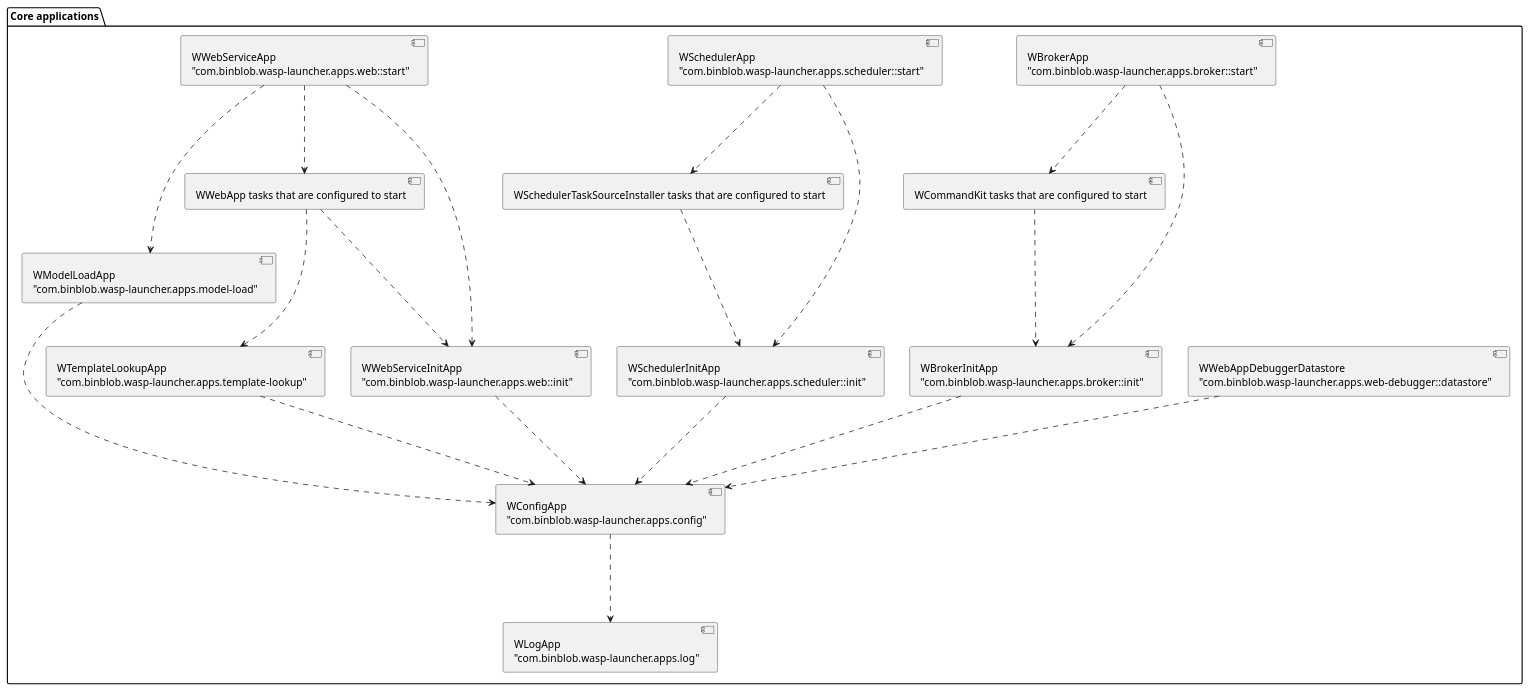
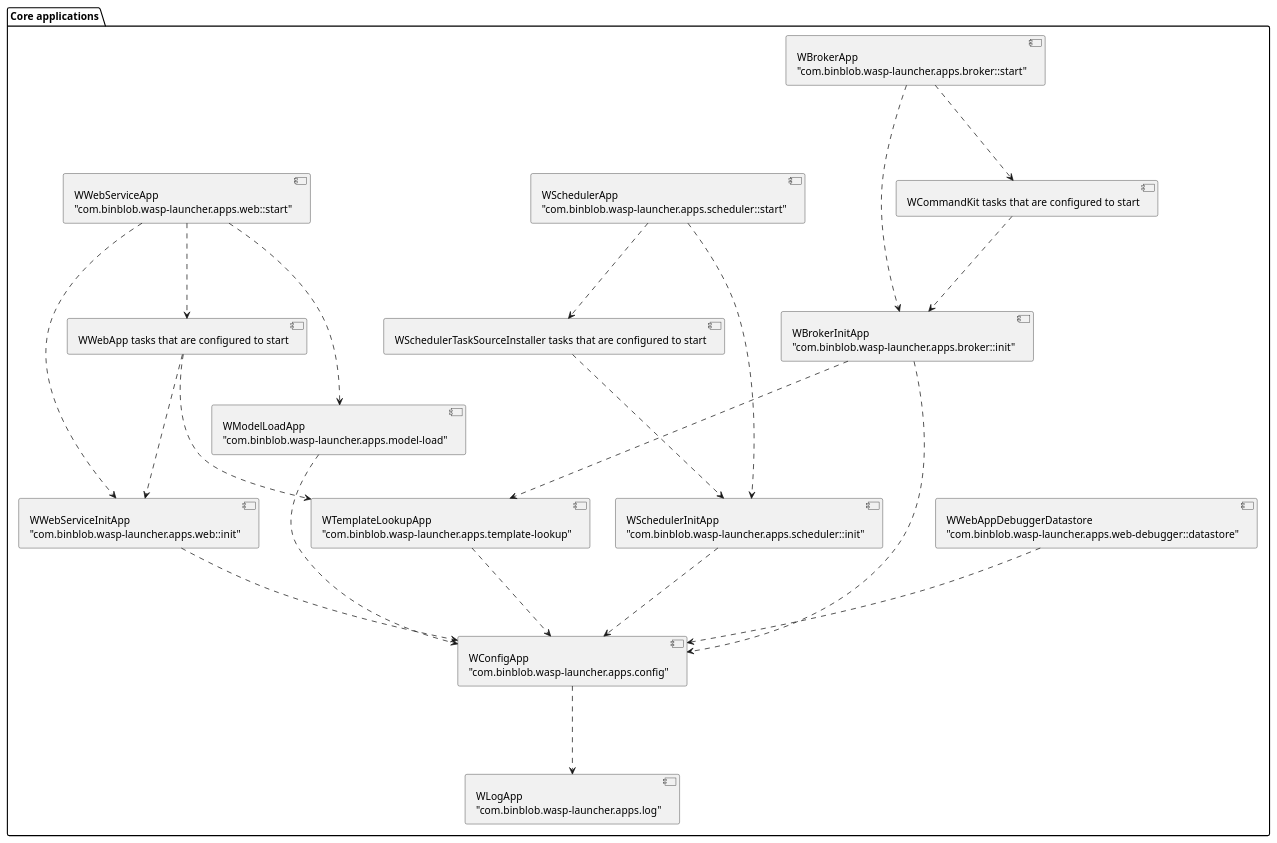
Before and after one commit to a1ezzz/wasp-launcher: the diagram in docs/sphinx/apps.puml, drawn with PlantUML. The commit also changed 13 other files, not shown here.

```diff
--- a/docs/sphinx/apps.puml
+++ b/docs/sphinx/apps.puml
@@ -1,96 +1,97 @@
 @startuml
 
 package "Core applications" {
 
 component log [
 WLogApp
 "com.binblob.wasp-launcher.apps.log"
 ]
 
 component config [
 WConfigApp
 "com.binblob.wasp-launcher.apps.config"
 ]
 
 component debugger [
 WWebAppDebuggerDatastore
 "com.binblob.wasp-launcher.apps.web-debugger::datastore"
 ]
 
 component web_init [
 WWebServiceInitApp
 "com.binblob.wasp-launcher.apps.web::init"
 ]
 
 component broker_init [
 WBrokerInitApp
 "com.binblob.wasp-launcher.apps.broker::init"
 ]
 
 component scheduler_init [
 WSchedulerInitApp
 "com.binblob.wasp-launcher.apps.scheduler::init"
 ]
 
 component model [
 WModelLoadApp
 "com.binblob.wasp-launcher.apps.model-load"
 ]
 
 component template [
 WTemplateLookupApp
 "com.binblob.wasp-launcher.apps.template-lookup"
 ]
 
 component broker_apps [
 WCommandKit tasks that are configured to start
 ]
 
 component broker_start [
 WBrokerApp
 "com.binblob.wasp-launcher.apps.broker::start"
 ]
 
 component scheduler_apps [
 WSchedulerTaskSourceInstaller tasks that are configured to start
 ]
 
 component scheduler_start [
 WSchedulerApp
 "com.binblob.wasp-launcher.apps.scheduler::start"
 ]
 
 component web_apps [
 WWebApp tasks that are configured to start
 ]
 
 component web_start [
 WWebServiceApp
 "com.binblob.wasp-launcher.apps.web::start"
 ]
 
 config .-down-> log
 debugger .-down-> config
 web_init .-down-> config
 broker_init .-down-> config
+broker_init .-down-> template
 scheduler_init .-down-> config
+
+model .-down-> config
+template .-down-> config
 
 broker_apps .-down-> broker_init
 broker_start .-down-> broker_init
 broker_start .-down-> broker_apps
-
-model .-down-> config
-template .-down-> config
 
 scheduler_apps .-down-> scheduler_init
 scheduler_start .-down-> scheduler_init
 scheduler_start .-down-> scheduler_apps
 
 web_apps .-down-> web_init
 web_apps .-down-> template
 web_start .-down-> model
 web_start .-down-> web_apps
 web_start .-down-> web_init
 }
 
 @enduml
```
